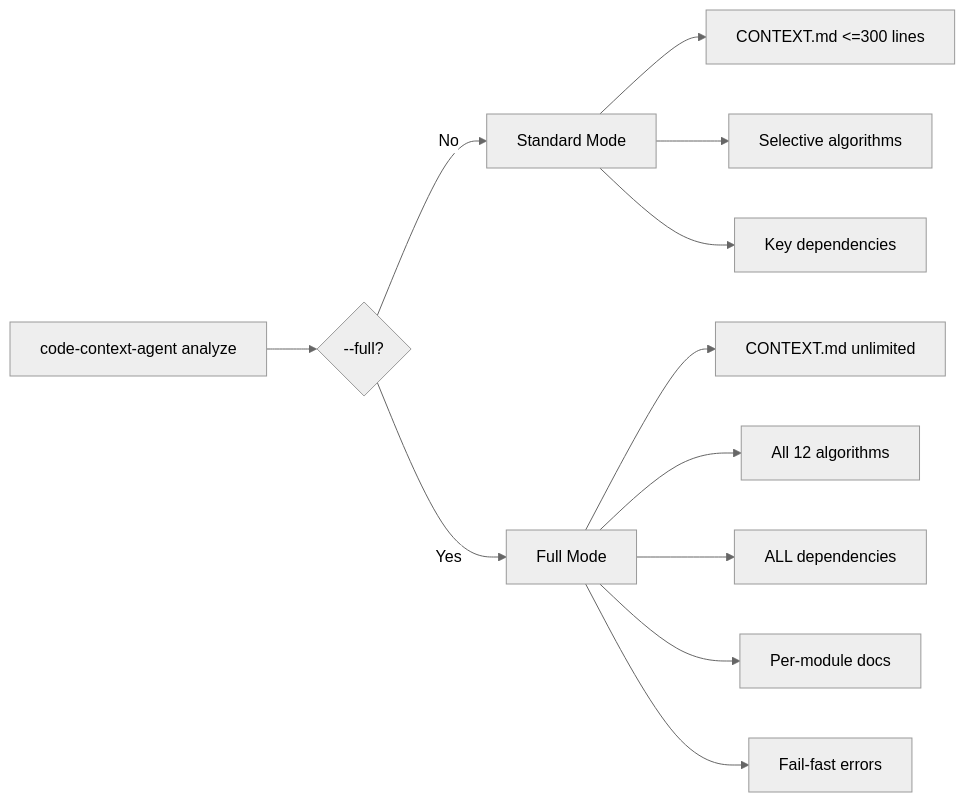
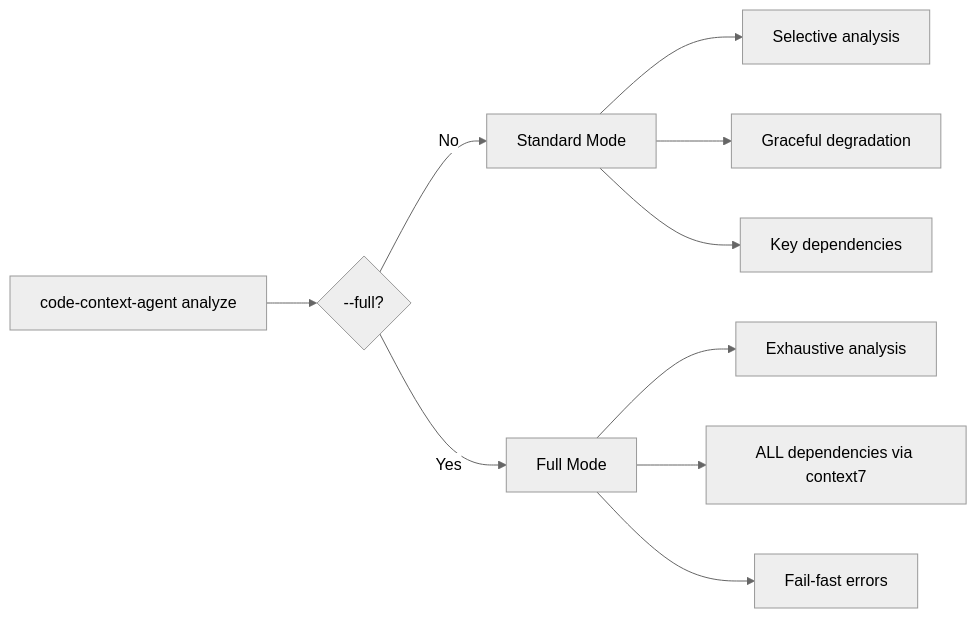
The diagram in docs/getting-started/full-mode.md (theagenticguy/code-context-agent), drawn with Mermaid (neutral theme) before and after one commit. The commit also changed other lines of this file and 51 other files, not shown here.

First line of the commit message:
docs!: revamp documentation for v10 coordinator architecture

````diff
--- a/docs/getting-started/full-mode.md
+++ b/docs/getting-started/full-mode.md
@@ -10,14 +10,12 @@
 ```mermaid
 flowchart LR
     A[code-context-agent analyze] --> B{--full?}
     B -- No --> C[Standard Mode]
     B -- Yes --> D[Full Mode]
-    C --> C1[CONTEXT.md <=300 lines]
-    C --> C2[Selective algorithms]
+    C --> C1[Selective analysis]
+    C --> C2[Graceful degradation]
     C --> C3[Key dependencies]
-    D --> D1[CONTEXT.md unlimited]
-    D --> D2[All 12 algorithms]
-    D --> D3[ALL dependencies]
-    D --> D4[Per-module docs]
-    D --> D5[Fail-fast errors]
+    D --> D1[Exhaustive analysis]
+    D --> D2[ALL dependencies via context7]
+    D --> D3[Fail-fast errors]
 ```
````
